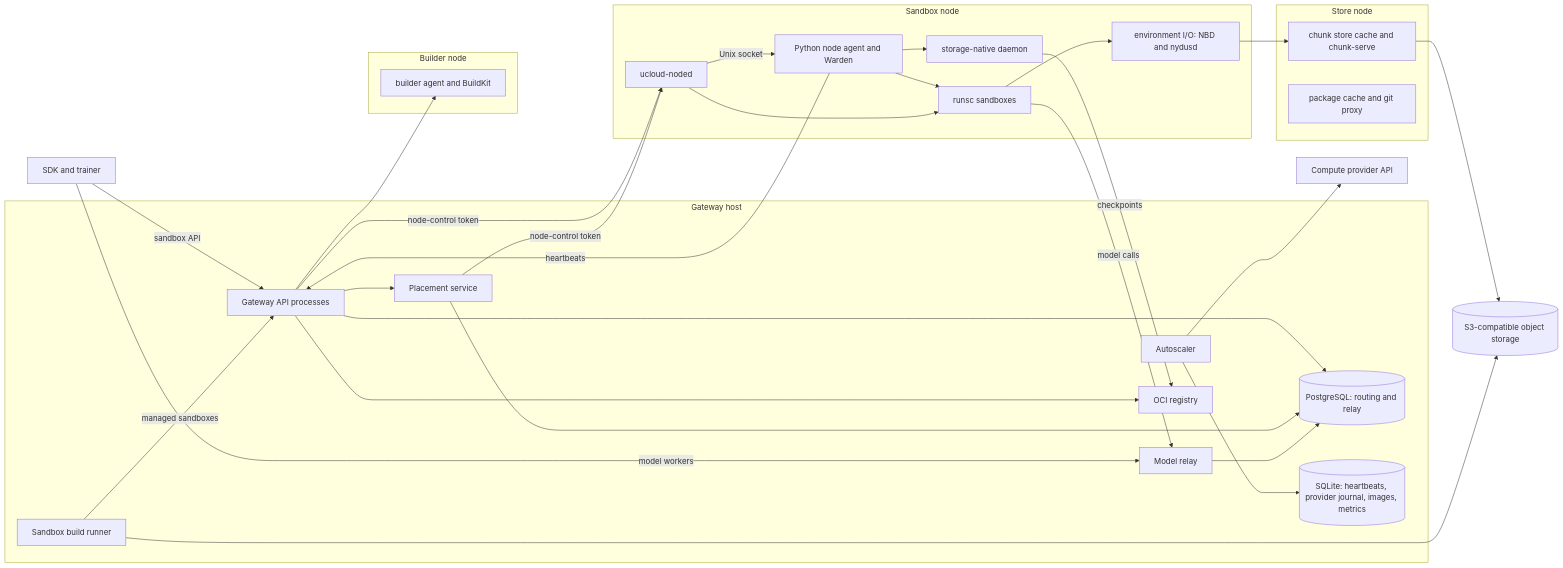
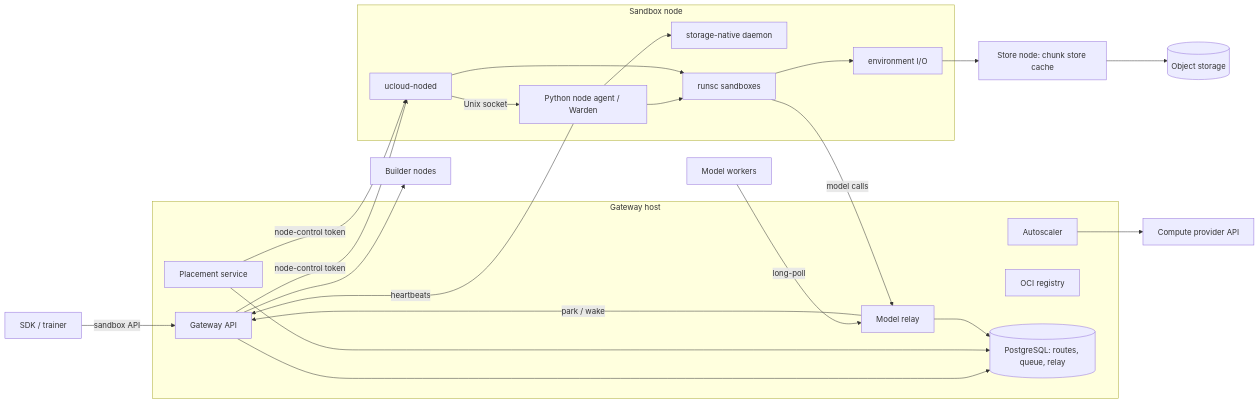
The diagram in docs/architecture.md (rlrs/sandboxes), drawn with Mermaid before and after one commit. The commit also changed other lines of this file and 81 other files, not shown here.

````diff
--- a/docs/architecture.md
+++ b/docs/architecture.md
@@ -12,54 +15,40 @@
 ```mermaid
 flowchart LR
-  SDK[SDK and trainer] -->|sandbox API| API
-  SDK -->|model workers| Relay
+  SDK[SDK / trainer] -->|sandbox API| API
+  Worker[Model workers] -->|long-poll| Relay
   subgraph GW[Gateway host]
-    API[Gateway API processes]
+    API[Gateway API]
     Placement[Placement service]
     Relay[Model relay]
     Autoscaler[Autoscaler]
     Registry[OCI registry]
-    Builds[Sandbox build runner]
-    PG[(PostgreSQL: routing and relay)]
-    Local[(SQLite: heartbeats, provider journal, images, metrics)]
+    PG[(PostgreSQL: routes, queue, relay)]
   end
   subgraph Node[Sandbox node]
     Noded[ucloud-noded]
-    Agent[Python node agent and Warden]
+    Agent[Python node agent / Warden]
     Storage[storage-native daemon]
-    EnvIO[environment I/O: NBD and nydusd]
+    EnvIO[environment I/O]
     Runsc[runsc sandboxes]
   end
-  subgraph Builder[Builder node]
-    BuilderAgent[builder agent and BuildKit]
-  end
-  subgraph Store[Store node]
-    ChunkStore[chunk store cache and chunk-serve]
-    PkgCache[package cache and git proxy]
-  end
-  S3[(S3-compatible object storage)]
+  Builder[Builder nodes]
+  Store[Store node: chunk store cache]
+  S3[(Object storage)]
   Provider[Compute provider API]
 
   API --> PG
-  API --> Placement
   Placement --> PG
   Relay --> PG
   API -->|node-control token| Noded
   Placement -->|node-control token| Noded
   Noded -->|Unix socket| Agent
   Agent --> Storage
   Agent --> Runsc
   Noded --> Runsc
-  Runsc --> EnvIO
-  EnvIO --> ChunkStore
-  ChunkStore --> S3
+  Runsc --> EnvIO --> Store --> S3
   Agent -->|heartbeats| API
   Runsc -->|model calls| Relay
+  Relay -->|park / wake| API
   Autoscaler --> Provider
-  Autoscaler --> Local
-  API --> Registry
-  API --> BuilderAgent
-  Builds -->|managed sandboxes| API
-  Builds --> S3
-  Storage -->|checkpoints| Registry
+  API --> Builder
 ```
````
